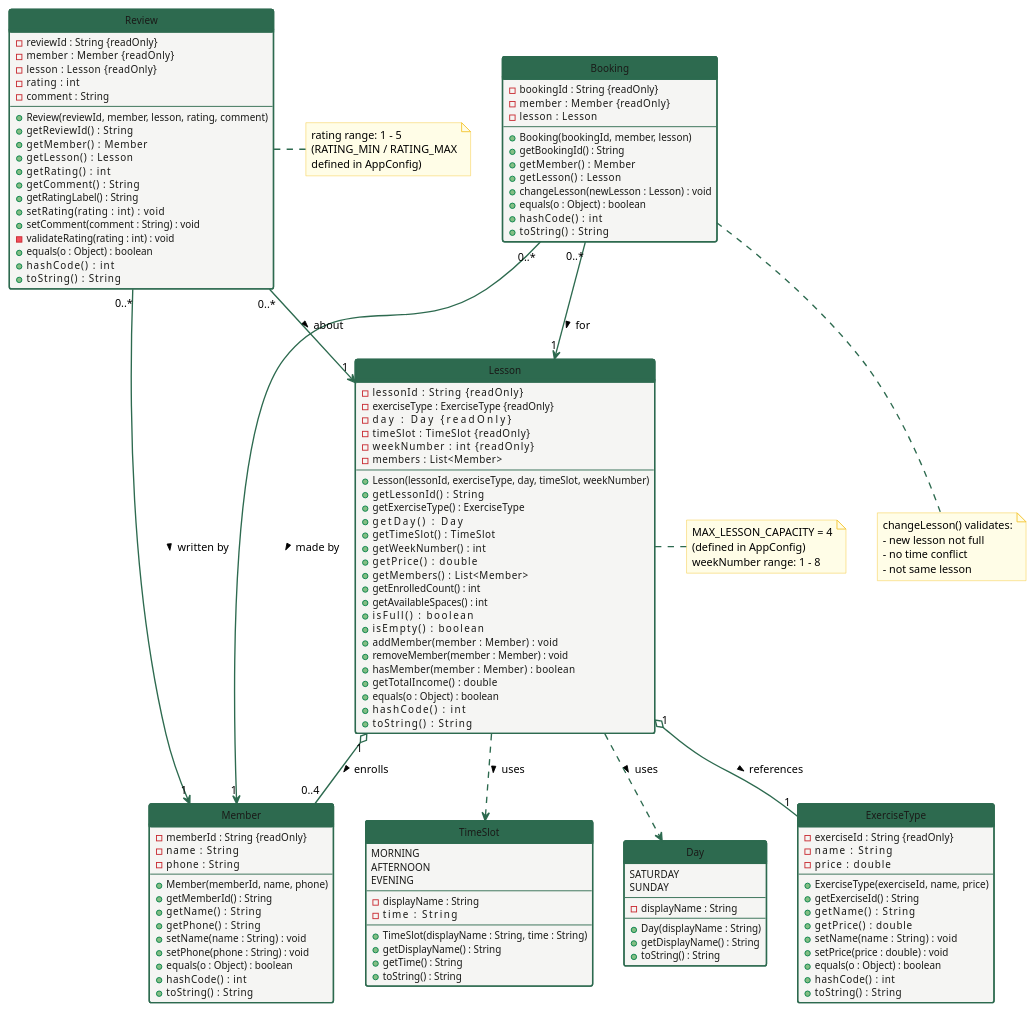
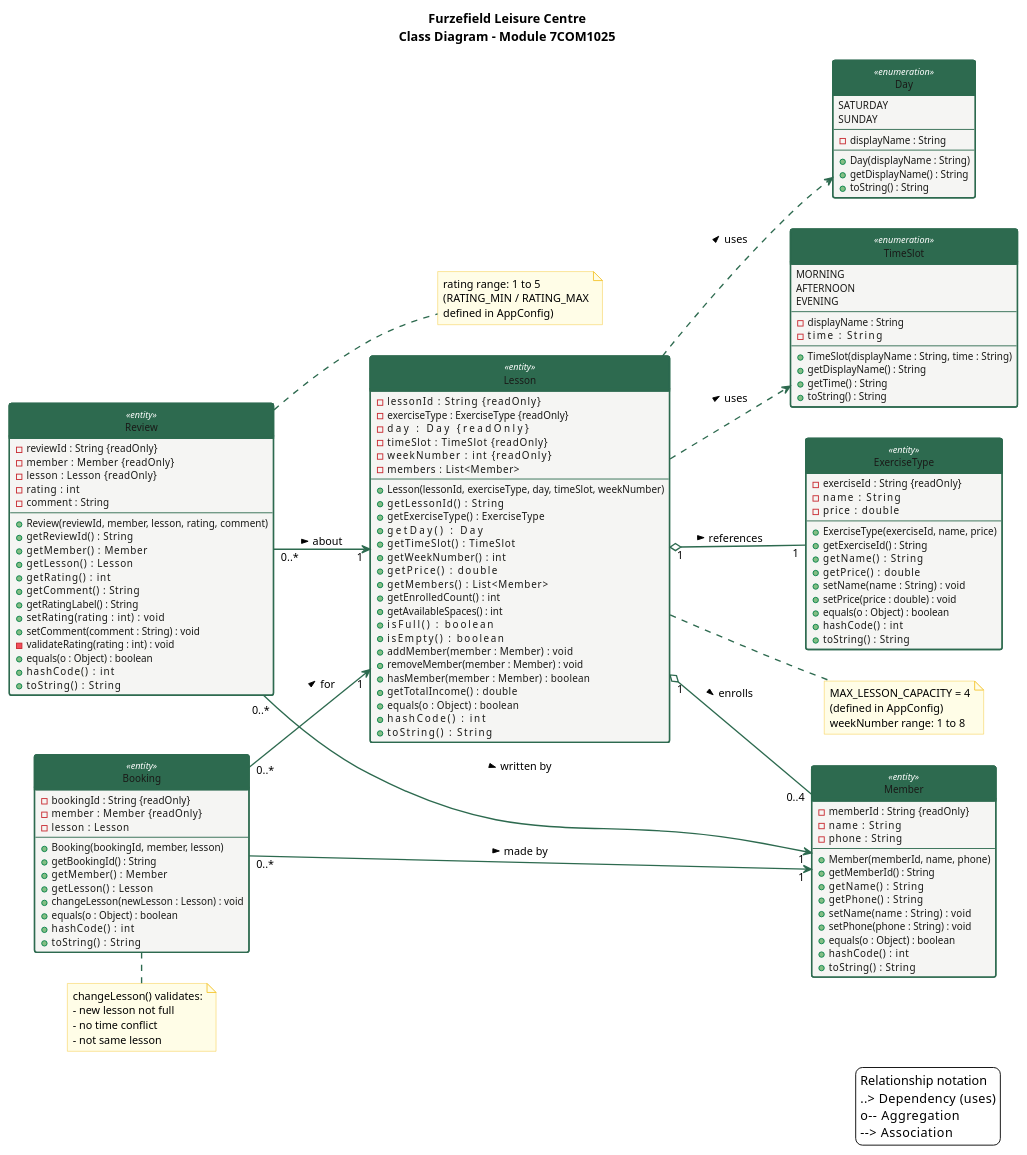
One commit to Dantesrc-sys/FurzefieldLC changed the diagram in src/main/plantuml/class-diagram.puml. Above: the diagram before and after it, drawn with PlantUML. The commit also changed 1 other file, not shown here.

```diff
--- a/src/main/plantuml/class-diagram.puml
+++ b/src/main/plantuml/class-diagram.puml
@@ -8,31 +8,41 @@
 
 skinparam style strictuml
 
+title Furzefield Leisure Centre\nClass Diagram - Module 7COM1025
+
+left to right direction
+
 ' ── Global style ────────────────────────────────────────────────
 skinparam backgroundColor #FFFFFF
 skinparam defaultFontName  SansSerif
 skinparam defaultFontSize  12
 
 skinparam class {
-    BackgroundColor       #F5F5F3
-    BorderColor           #2D6A4F
-    BorderThickness       1.5
-    HeaderBackgroundColor #2D6A4F
-    HeaderFontColor       #FFFFFF
-    HeaderFontStyle       Bold
-    AttributeFontSize     11
-    AttributeFontColor    #1A1A18
-    ArrowColor            #2D6A4F
-    ArrowThickness        1.5
+    BackgroundColor         #F5F5F3
+    BorderColor             #2D6A4F
+    BorderThickness         1.5
+    HeaderBackgroundColor   #2D6A4F
+    HeaderFontColor         #FFFFFF
+    HeaderFontStyle         Bold
+    AttributeFontSize       11
+    AttributeFontColor      #1A1A18
+    ArrowColor              #2D6A4F
+    ArrowThickness          1.5
+    StereotypeFontColor     #FFFFFF
+    StereotypeFontSize      10
+    StereotypeFontStyle     Italic
 }
 
 skinparam enum {
-    BackgroundColor       #E8F5EE
-    BorderColor           #52B788
-    BorderThickness       1.5
-    HeaderBackgroundColor #52B788
-    HeaderFontColor       #FFFFFF
-    HeaderFontStyle       Bold
+    BackgroundColor         #E8F5EE
+    BorderColor             #52B788
+    BorderThickness         1.5
+    HeaderBackgroundColor   #52B788
+    HeaderFontColor         #FFFFFF
+    HeaderFontStyle         Bold
+    StereotypeFontColor     #FFFFFF
+    StereotypeFontSize      10
+    StereotypeFontStyle     Italic
 }
 
 skinparam note {
@@ -44,7 +54,7 @@
 ' ENUMERATIONS
 ' ═══════════════════════════════════════════════════════════════
 
-enum Day {
+enum Day <<enumeration>> {
     SATURDAY
     SUNDAY
     --
@@ -55,7 +65,7 @@
     + toString() : String
 }
 
-enum TimeSlot {
+enum TimeSlot <<enumeration>> {
     MORNING
     AFTERNOON
     EVENING
@@ -73,7 +83,7 @@
 ' CORE MODEL CLASSES
 ' ═══════════════════════════════════════════════════════════════
 
-class Member {
+class Member <<entity>> {
     - memberId : String  {readOnly}
     - name     : String
     - phone    : String
@@ -82,14 +92,14 @@
     + getMemberId() : String
     + getName()     : String
     + getPhone()    : String
-    + setName(name : String)  : void
+    + setName(name : String)   : void
     + setPhone(phone : String) : void
     + equals(o : Object) : boolean
     + hashCode()    : int
     + toString()    : String
 }
 
-class ExerciseType {
+class ExerciseType <<entity>> {
     - exerciseId : String  {readOnly}
     - name       : String
     - price      : double
@@ -105,36 +115,36 @@
     + toString()    : String
 }
 
-class Lesson {
-    - lessonId    : String       {readOnly}
+class Lesson <<entity>> {
+    - lessonId     : String       {readOnly}
     - exerciseType : ExerciseType {readOnly}
-    - day         : Day          {readOnly}
-    - timeSlot    : TimeSlot     {readOnly}
-    - weekNumber  : int          {readOnly}
-    - members     : List<Member>
+    - day          : Day          {readOnly}
+    - timeSlot     : TimeSlot     {readOnly}
+    - weekNumber   : int          {readOnly}
+    - members      : List<Member>
     --
     + Lesson(lessonId, exerciseType, day, timeSlot, weekNumber)
-    + getLessonId()      : String
-    + getExerciseType()  : ExerciseType
-    + getDay()           : Day
-    + getTimeSlot()      : TimeSlot
-    + getWeekNumber()    : int
-    + getPrice()         : double
-    + getMembers()       : List<Member>
-    + getEnrolledCount() : int
+    + getLessonId()        : String
+    + getExerciseType()    : ExerciseType
+    + getDay()             : Day
+    + getTimeSlot()        : TimeSlot
+    + getWeekNumber()      : int
+    + getPrice()           : double
+    + getMembers()         : List<Member>
+    + getEnrolledCount()   : int
     + getAvailableSpaces() : int
-    + isFull()           : boolean
-    + isEmpty()          : boolean
+    + isFull()             : boolean
+    + isEmpty()            : boolean
     + addMember(member : Member)    : void
     + removeMember(member : Member) : void
     + hasMember(member : Member)    : boolean
-    + getTotalIncome()   : double
-    + equals(o : Object) : boolean
-    + hashCode()         : int
-    + toString()         : String
+    + getTotalIncome()     : double
+    + equals(o : Object)   : boolean
+    + hashCode()           : int
+    + toString()           : String
 }
 
-class Booking {
+class Booking <<entity>> {
     - bookingId : String  {readOnly}
     - member    : Member  {readOnly}
     - lesson    : Lesson
@@ -149,7 +159,7 @@
     + toString()     : String
 }
 
-class Review {
+class Review <<entity>> {
     - reviewId : String  {readOnly}
     - member   : Member  {readOnly}
     - lesson   : Lesson  {readOnly}
@@ -175,22 +185,22 @@
 ' RELATIONSHIPS
 ' ═══════════════════════════════════════════════════════════════
 
-' Lesson uses Day and TimeSlot enums (dependency / use)
+' Lesson uses Day and TimeSlot enums (dependency)
 Lesson  ..>  Day      : uses >
 Lesson  ..>  TimeSlot : uses >
 
 ' ExerciseType objects live independently in DataStore and are shared
-' across many lessons - this is aggregation, not composition
-Lesson "1" o-- "1" ExerciseType : references >
+' across many lessons - aggregation, not composition
+Lesson "1" o-- "1"    ExerciseType : references >
 
-' Lesson enrolls 0..MAX_CAPACITY Members (aggregation - Members exist independently)
-Lesson "1" o-- "0..4" Member : enrolls >
+' Lesson enrolls 0..MAX_CAPACITY Members - aggregation
+Lesson "1" o-- "0..4" Member       : enrolls >
 
-' Booking links one Member to one Lesson (association - both exist independently)
+' Booking links one Member to one Lesson - association
 Booking "0..*" --> "1" Member : made by >
 Booking "0..*" --> "1" Lesson : for >
 
-' Review links one Member to one Lesson (association)
+' Review links one Member to one Lesson - association
 Review "0..*" --> "1" Member : written by >
 Review "0..*" --> "1" Lesson : about >
 
@@ -201,11 +211,11 @@
 note right of Lesson
   MAX_LESSON_CAPACITY = 4
   (defined in AppConfig)
-  weekNumber range: 1 – 8
+  weekNumber range: 1 to 8
 end note
 
 note right of Review
-  rating range: 1 – 5
+  rating range: 1 to 5
   (RATING_MIN / RATING_MAX
   defined in AppConfig)
 end note
@@ -217,4 +227,15 @@
   - not same lesson
 end note
 
+' ═══════════════════════════════════════════════════════════════
+' LEGEND
+' ═══════════════════════════════════════════════════════════════
+
+legend right
+  Relationship notation
+  ..>   Dependency (uses)
+  o--   Aggregation
+  -->   Association
+endlegend
+
 @enduml
```
